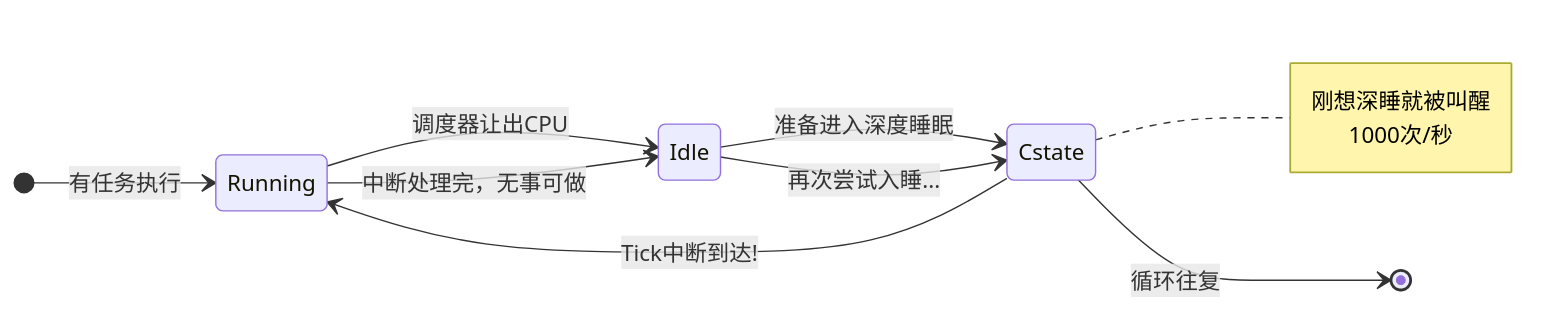
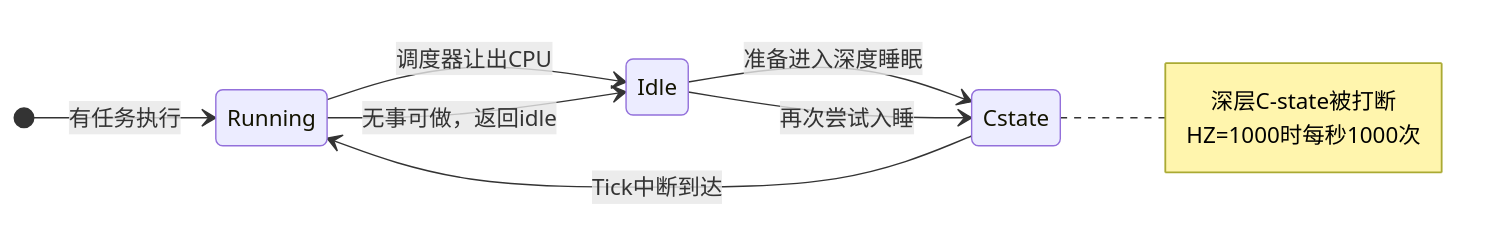
The diagram in docs/02-核心机制深度解析/第10章 中断与时间/10.6.1_periodic_tick的问题.md (xiaohong0925/Embedded_Knowledge_System_V2026), drawn with Mermaid before and after one commit. The commit also changed other lines of this file and 65 other files, not shown here.

````diff
--- a/docs/02-核心机制深度解析/第10章 中断与时间/10.6.1_periodic_tick的问题.md
+++ b/docs/02-核心机制深度解析/第10章 中断与时间/10.6.1_periodic_tick的问题.md
@@ -42,15 +37,14 @@
 ```mermaid
 stateDiagram-v2
     direction LR
     [*] --> Running : 有任务执行
     Running --> Idle : 调度器让出CPU
     Idle --> Cstate : 准备进入深度睡眠
-    Cstate --> Running : Tick中断到达!
+    Cstate --> Running : Tick中断到达
     note right of Cstate
-        刚想深睡就被叫醒
-        1000次/秒
+        深层C-state被打断
+        HZ=1000时每秒1000次
     end note
-    Running --> Idle : 中断处理完，无事可做
-    Idle --> Cstate : 再次尝试入睡...
-    Cstate --> [*] : 循环往复
+    Running --> Idle : 无事可做，返回idle
+    Idle --> Cstate : 再次尝试入睡
 ```
````
